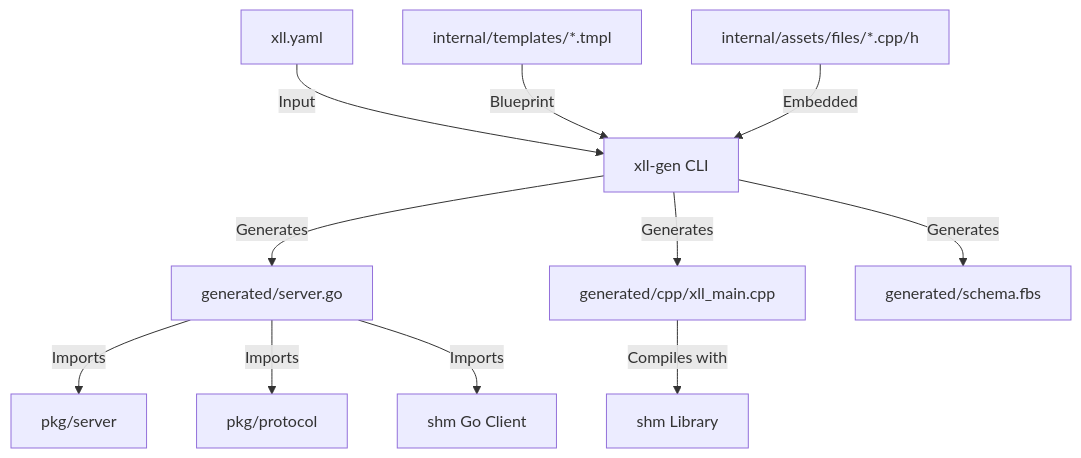
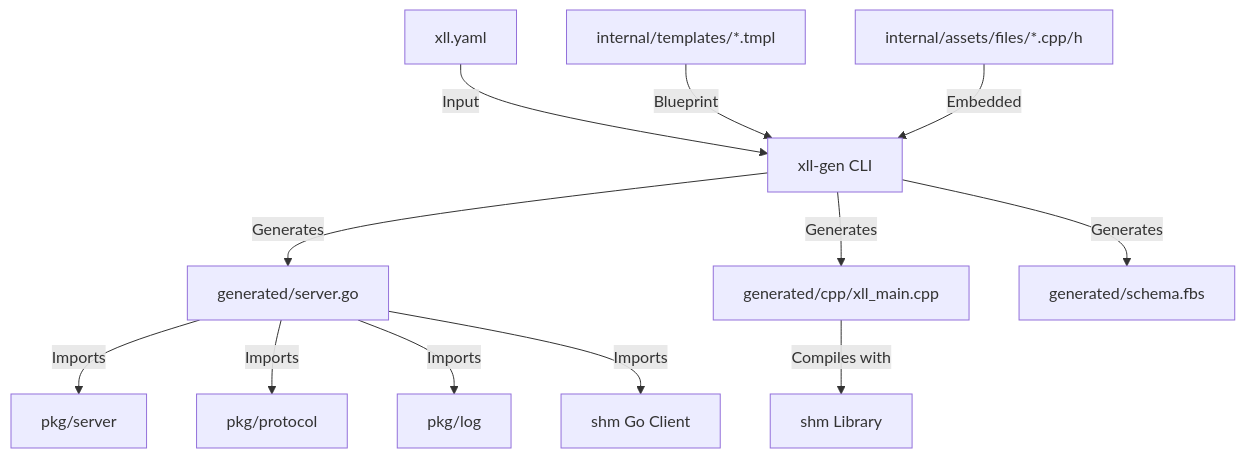
Before and after one commit to xll-gen/xll-gen: the first of 2 diagrams in AGENTS.md, drawn with Mermaid. The commit also changed other lines of this file and 2 other files, not shown here.

````diff
--- a/AGENTS.md
+++ b/AGENTS.md
@@ -547,16 +547,17 @@
 ```mermaid
 graph TD
     Config[xll.yaml] -->|Input| Generator[xll-gen CLI]
     Templates[internal/templates/*.tmpl] -->|Blueprint| Generator
     Assets[internal/assets/files/*.cpp/h] -->|Embedded| Generator
 
     Generator -->|Generates| GenGo[generated/server.go]
     Generator -->|Generates| GenCPP[generated/cpp/xll_main.cpp]
     Generator -->|Generates| Schema[generated/schema.fbs]
 
     GenGo -->|Imports| PkgServer[pkg/server]
     GenGo -->|Imports| PkgProtocol[pkg/protocol]
+    GenGo -->|Imports| PkgLog[pkg/log]
 
     GenCPP -->|Compiles with| SHM[shm Library]
     GenGo -->|Imports| SHM_Go[shm Go Client]
 ```
````
